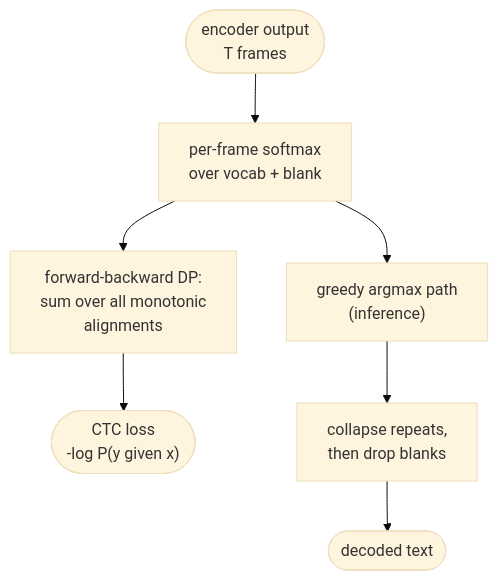
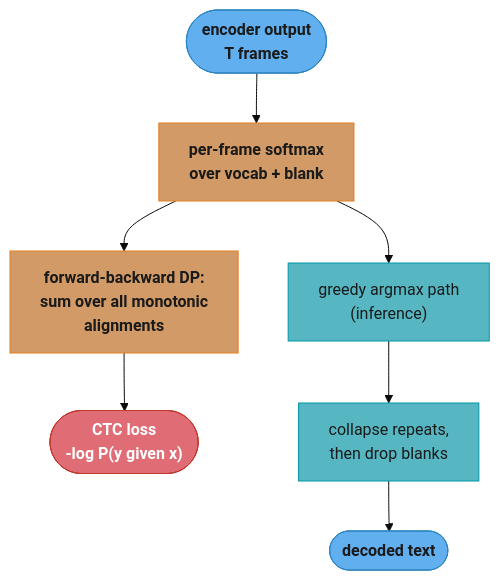
Before and after one commit to rppol/system-design: the second of 9 diagrams in src/main/java/com/rutik/systemdesign/ml/speech_and_audio_ml/speech_and_audio_ml.md, drawn with Mermaid (base theme). The commit also changed other lines of this file and 38 other files, not shown here.

````diff
--- a/src/main/java/com/rutik/systemdesign/ml/speech_and_audio_ml/speech_and_audio_ml.md
+++ b/src/main/java/com/rutik/systemdesign/ml/speech_and_audio_ml/speech_and_audio_ml.md
@@ -159,9 +171,22 @@
 ```mermaid
 flowchart TD
+    classDef io      fill:#61afef,stroke:#2e86c1,color:#1a1a1a,font-weight:bold
+    classDef frozen  fill:#c678dd,stroke:#9b59b6,color:#fff
+    classDef train   fill:#98c379,stroke:#27ae60,color:#1a1a1a
+    classDef mathOp  fill:#d19a66,stroke:#e67e22,color:#1a1a1a,font-weight:bold
+    classDef lossN   fill:#e06c75,stroke:#c0392b,color:#fff,font-weight:bold
+    classDef req     fill:#56b6c2,stroke:#0097a7,color:#1a1a1a
+    classDef base    fill:#e5c07b,stroke:#f39c12,color:#1a1a1a
+
     enc(["encoder output\nT frames"]) --> softmax["per-frame softmax\nover vocab + blank"]
     softmax --> lattice["forward-backward DP:\nsum over all monotonic\nalignments"]
     lattice --> loss(["CTC loss\n-log P(y given x)"])
     softmax --> greedy["greedy argmax path\n(inference)"]
     greedy --> collapse["collapse repeats,\nthen drop blanks"]
     collapse --> text(["decoded text"])
+
+    class enc,text io
+    class softmax,lattice mathOp
+    class loss lossN
+    class greedy,collapse req
 ```
````
